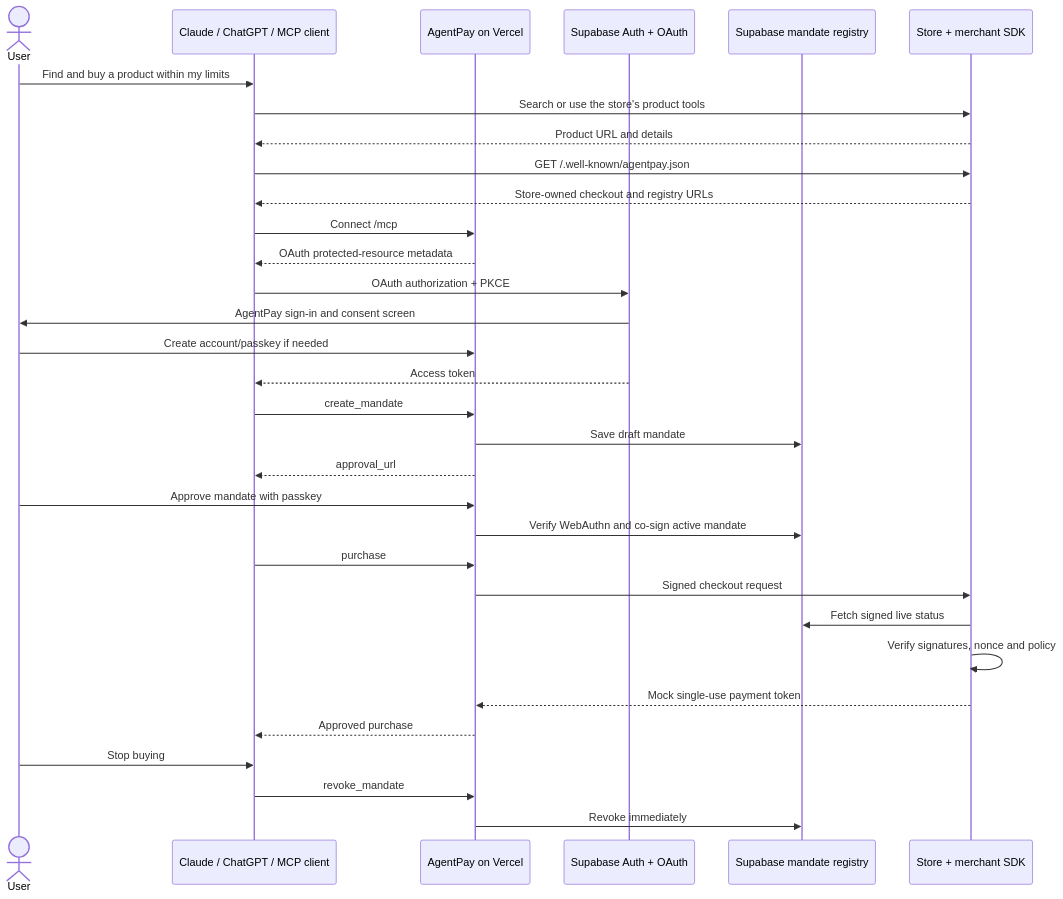
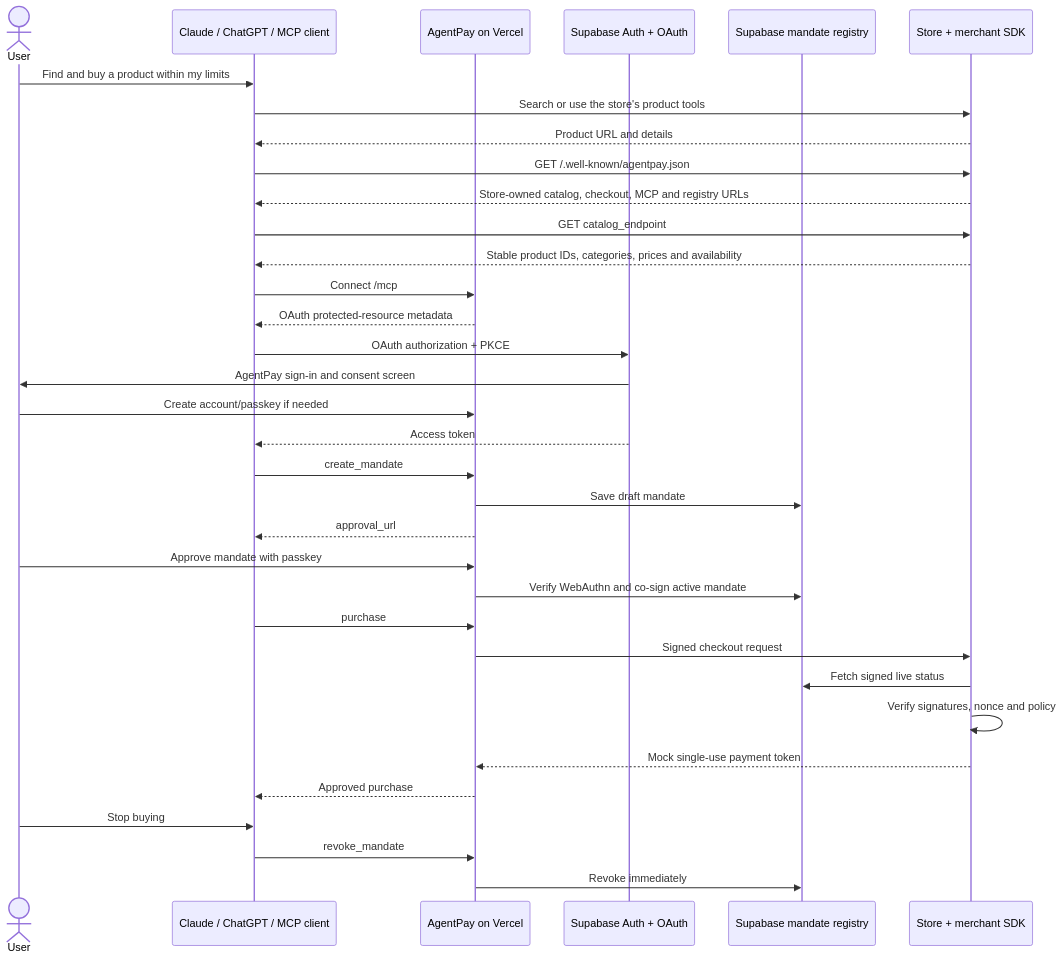
Before and after one commit to pedroschott/hackatonyuno: the diagram in docs/architecture.md, drawn with Mermaid. The commit also changed other lines of this file and 22 other files, not shown here.

Commit message:
fix agent merchant discovery flow

````diff
--- a/docs/architecture.md
+++ b/docs/architecture.md
@@ -3,35 +3,37 @@
 ```mermaid
 sequenceDiagram
     actor User
     participant Agent as Claude / ChatGPT / MCP client
     participant AgentPay as AgentPay on Vercel
     participant Auth as Supabase Auth + OAuth
     participant Registry as Supabase mandate registry
     participant Store as Store + merchant SDK
 
     User->>Agent: Find and buy a product within my limits
     Agent->>Store: Search or use the store's product tools
     Store-->>Agent: Product URL and details
     Agent->>Store: GET /.well-known/agentpay.json
-    Store-->>Agent: Store-owned checkout and registry URLs
+    Store-->>Agent: Store-owned catalog, checkout, MCP and registry URLs
+    Agent->>Store: GET catalog_endpoint
+    Store-->>Agent: Stable product IDs, categories, prices and availability
     Agent->>AgentPay: Connect /mcp
     AgentPay-->>Agent: OAuth protected-resource metadata
     Agent->>Auth: OAuth authorization + PKCE
     Auth->>User: AgentPay sign-in and consent screen
     User->>AgentPay: Create account/passkey if needed
     Auth-->>Agent: Access token
     Agent->>AgentPay: create_mandate
     AgentPay->>Registry: Save draft mandate
     AgentPay-->>Agent: approval_url
     User->>AgentPay: Approve mandate with passkey
     AgentPay->>Registry: Verify WebAuthn and co-sign active mandate
     Agent->>AgentPay: purchase
     AgentPay->>Store: Signed checkout request
     Store->>Registry: Fetch signed live status
     Store->>Store: Verify signatures, nonce and policy
     Store-->>AgentPay: Mock single-use payment token
     AgentPay-->>Agent: Approved purchase
     User->>Agent: Stop buying
     Agent->>AgentPay: revoke_mandate
     AgentPay->>Registry: Revoke immediately
 ```
````
